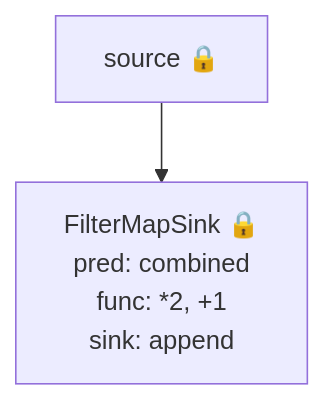
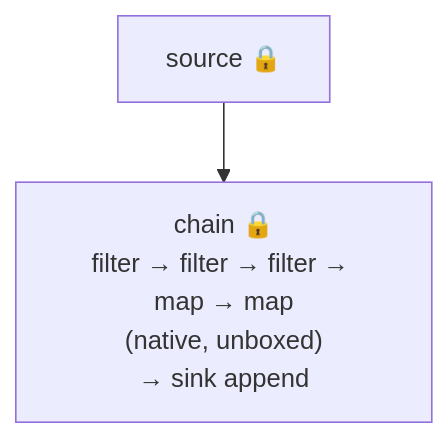
One commit to IsaacTay/akayu changed the fifth of 7 diagrams in docs/features/compile-optimizations.md. Above: the diagram before and after it, drawn with Mermaid. The commit also changed other lines of this file and 19 other files, not shown here.

````diff
--- a/docs/features/compile-optimizations.md
+++ b/docs/features/compile-optimizations.md
@@ -278,4 +256,4 @@
 ```mermaid
 flowchart TD
-    A["source 🔒"]:::source --> B["FilterMapSink 🔒<br/>pred: combined<br/>func: *2, +1<br/>sink: append"]:::process
+    A["source 🔒"]:::source --> B["chain 🔒<br/>filter → filter → filter → map → map<br/>(native, unboxed)<br/>→ sink append"]:::process
 ```
````
